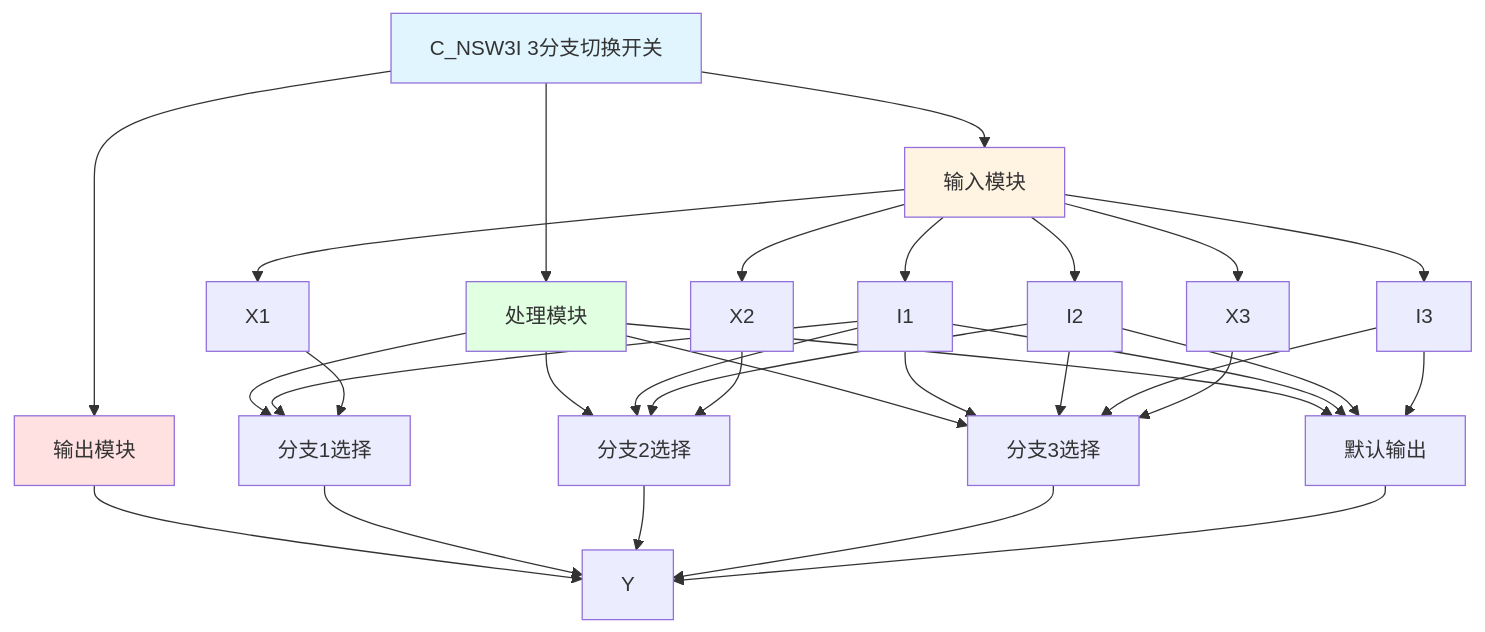
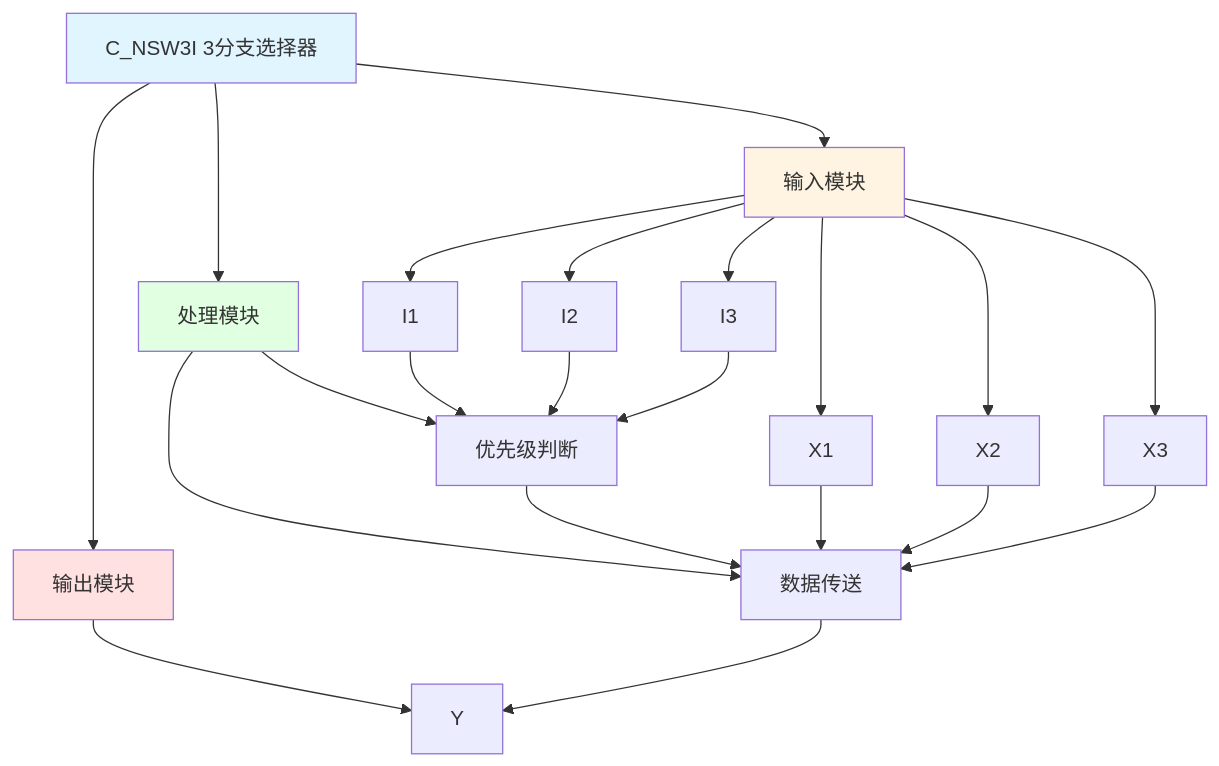
One commit to dlgt6/c changed the diagram in C_NSW3I_分析报告.md. Above: the diagram before and after it, drawn with Mermaid. The commit also changed other lines of this file and 46 other files, not shown here.

````diff
--- a/C_NSW3I_分析报告.md
+++ b/C_NSW3I_分析报告.md
@@ -19,42 +29,32 @@
 ```mermaid
 graph TD
-    A[C_NSW3I 3分支切换开关] --> B[输入模块]
+    A[C_NSW3I 3分支选择器] --> B[输入模块]
     A --> C[处理模块]
     A --> D[输出模块]
     
-    B --> B1[I1]
-    B --> B2[I2]
-    B --> B3[I3]
-    B --> B4[X1]
-    B --> B5[X2]
-    B --> B6[X3]
+    B --> B1[X1]
+    B --> B2[X2]
+    B --> B3[X3]
+    B --> B4[I1]
+    B --> B5[I2]
+    B --> B6[I3]
     
-    C --> C1[分支1选择]
-    C --> C2[分支2选择]
-    C --> C3[分支3选择]
-    C --> C4[默认输出]
+    C --> C1[优先级判断]
+    C --> C2[数据传送]
     
     D --> D1[Y]
     
-    B1 --> C1
     B4 --> C1
-    C1 --> D1
+    B5 --> C1
+    B6 --> C1
+    C1 --> C2
     B1 --> C2
     B2 --> C2
-    B5 --> C2
+    B3 --> C2
     C2 --> D1
-    B1 --> C3
-    B2 --> C3
-    B3 --> C3
-    B6 --> C3
-    C3 --> D1
-    B1 --> C4
-    B2 --> C4
-    B3 --> C4
-    C4 --> D1
     
     style A fill:#e1f5ff
     style B fill:#fff4e1
     style C fill:#e1ffe1
     style D fill:#ffe1e1
 ```
````
